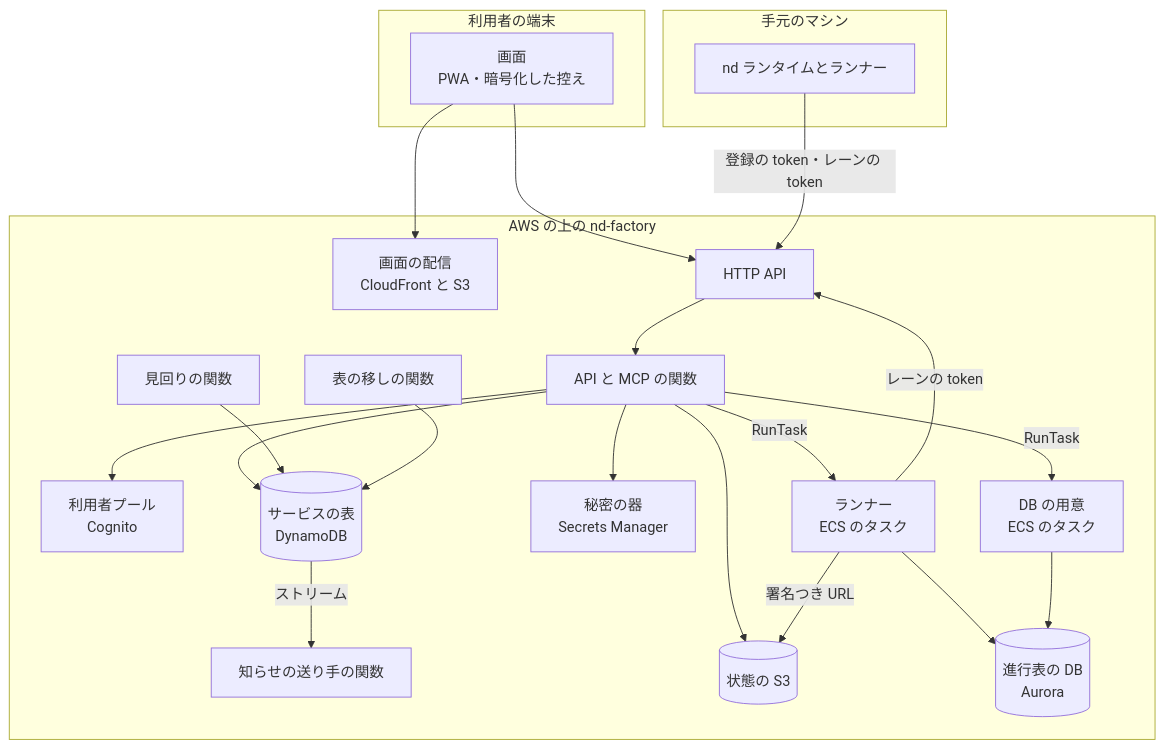
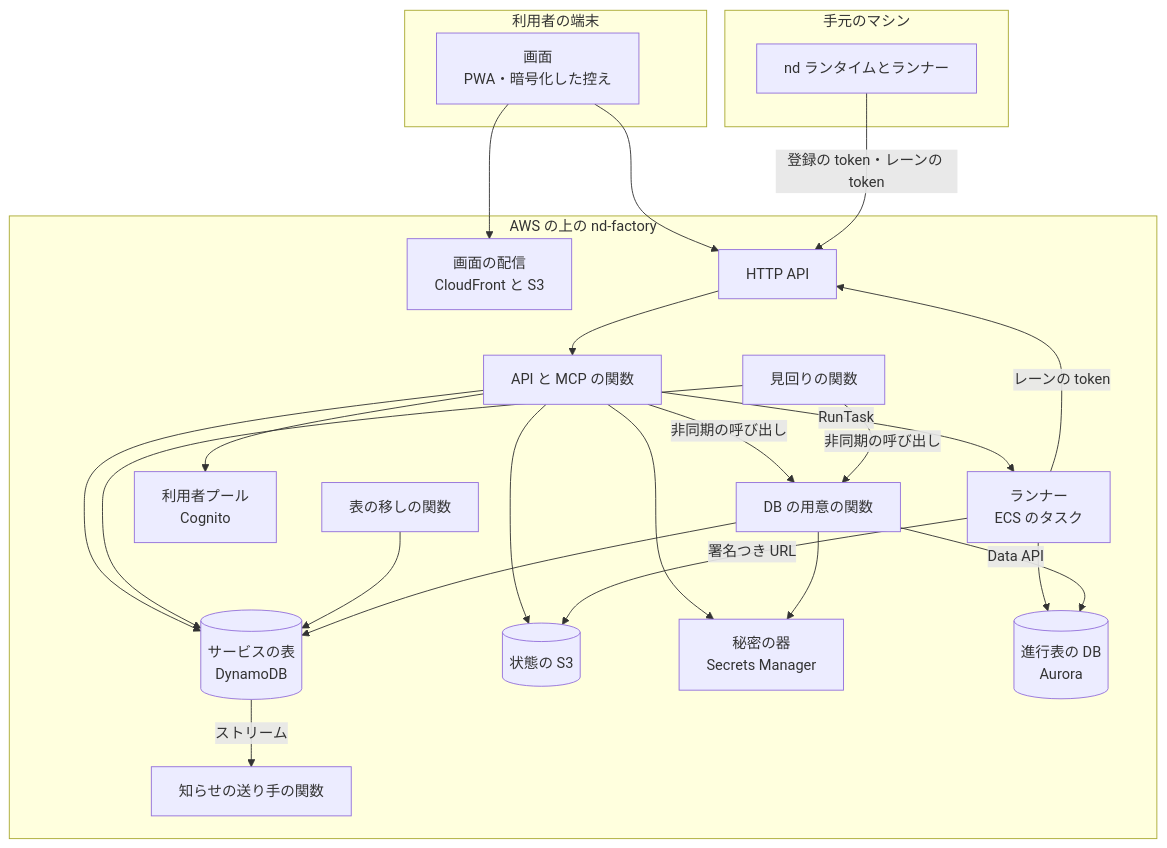
One commit to devbasex/nd-factory changed the second of 3 diagrams in docs/design/platform.md. Above: the diagram before and after it, drawn with Mermaid. The commit also changed other lines of this file and 7 other files, not shown here.

First line of the commit message:
Docs: 進行表の DB の用意を ECS のタスクから RDS Data API を使う Lambda「DB の用意の関数」へ移す（#13）

````diff
--- a/docs/design/platform.md
+++ b/docs/design/platform.md
@@ -85,41 +85,44 @@
 ```mermaid
 graph TD
-    subgraph 利用者の端末
-        WEB[画面<br/>PWA・暗号化した控え]
+    subgraph DEV[利用者の端末]
+        WEB["画面<br/>PWA・暗号化した控え"]
     end
-    subgraph AWS の上の nd-factory
-        CDN[画面の配信<br/>CloudFront と S3]
+    subgraph AWS["AWS の上の nd-factory"]
+        CDN["画面の配信<br/>CloudFront と S3"]
         HAPI[HTTP API]
         API[API と MCP の関数]
         PAT[見回りの関数]
         NTF[知らせの送り手の関数]
         MIG[表の移しの関数]
-        IDP[利用者プール<br/>Cognito]
-        DDB[(サービスの表<br/>DynamoDB)]
+        PREP[DB の用意の関数]
+        IDP["利用者プール<br/>Cognito"]
+        DDB[("サービスの表<br/>DynamoDB")]
         ST[(状態の S3)]
-        SM[秘密の器<br/>Secrets Manager]
-        RUN[ランナー<br/>ECS のタスク]
-        PREP[DB の用意<br/>ECS のタスク]
-        PG[(進行表の DB<br/>Aurora)]
+        SM["秘密の器<br/>Secrets Manager"]
+        RUN["ランナー<br/>ECS のタスク"]
+        PG[("進行表の DB<br/>Aurora")]
     end
-    subgraph 手元のマシン
+    subgraph LOCAL[手元のマシン]
         NDR[nd ランタイムとランナー]
     end
     WEB --> CDN
     WEB --> HAPI
     HAPI --> API
     API --> IDP
     API --> DDB
     API --> ST
     API --> SM
     API -->|RunTask| RUN
-    API -->|RunTask| PREP
+    API -->|非同期の呼び出し| PREP
     PAT --> DDB
+    PAT -->|非同期の呼び出し| PREP
     DDB -->|ストリーム| NTF
     MIG --> DDB
     RUN -->|レーンの token| HAPI
     RUN --> PG
     RUN -->|署名つき URL| ST
-    PREP --> PG
+    PREP -->|Data API| PG
+    PREP --> SM
+    PREP --> DDB
     NDR -->|登録の token・レーンの token| HAPI
 ```
````
